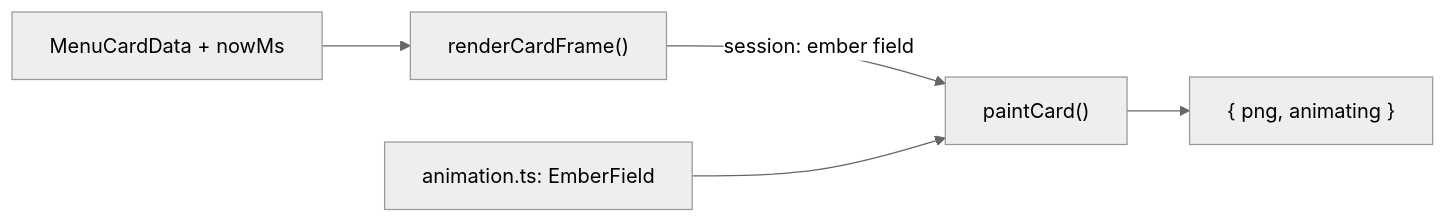
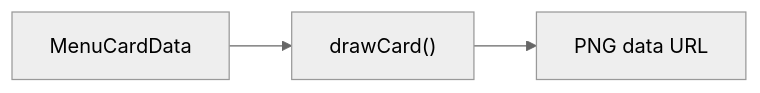
Before and after one commit to tangentlin/burnbar: the diagram in docs/modules/menu-card.md, drawn with Mermaid (neutral theme). The commit also changed other lines of this file and 22 other files, not shown here.

````diff
--- a/docs/modules/menu-card.md
+++ b/docs/modules/menu-card.md
@@ -52,7 +44,5 @@
 ```mermaid
 flowchart LR
-    data["MenuCardData + nowMs"] --> render["renderCardFrame()"]
-    render -->|"session: ember field"| paint["paintCard()"]
-    embers["animation.ts: EmberField"] --> paint
-    paint --> frame["{ png, animating }"]
+    data["MenuCardData"] --> draw["drawCard()"]
+    draw --> png["PNG data URL"]
 ```
````
